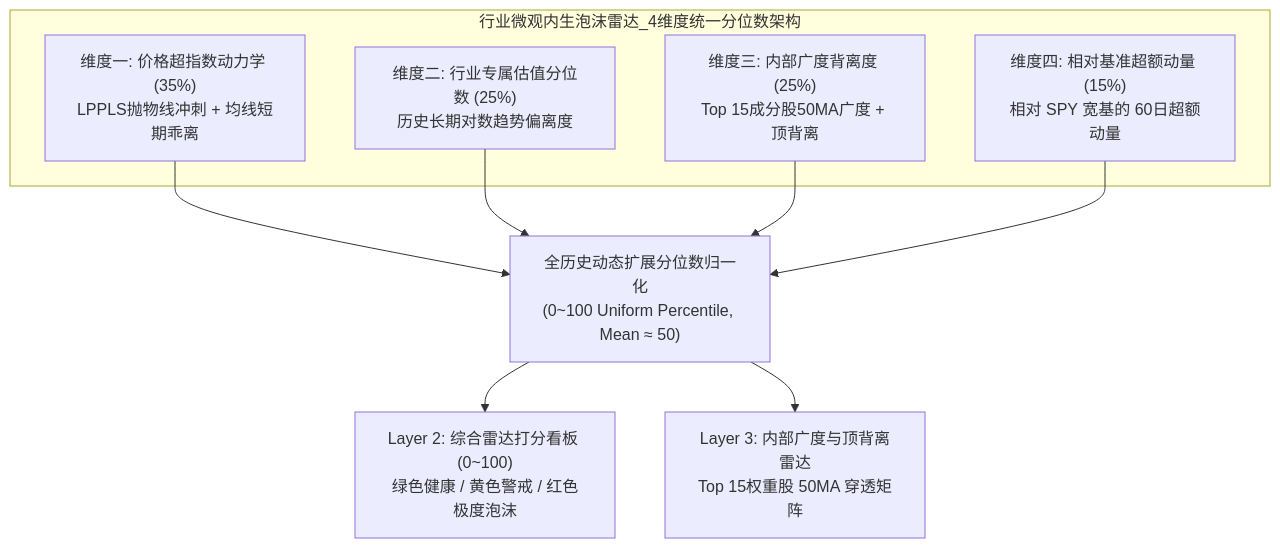
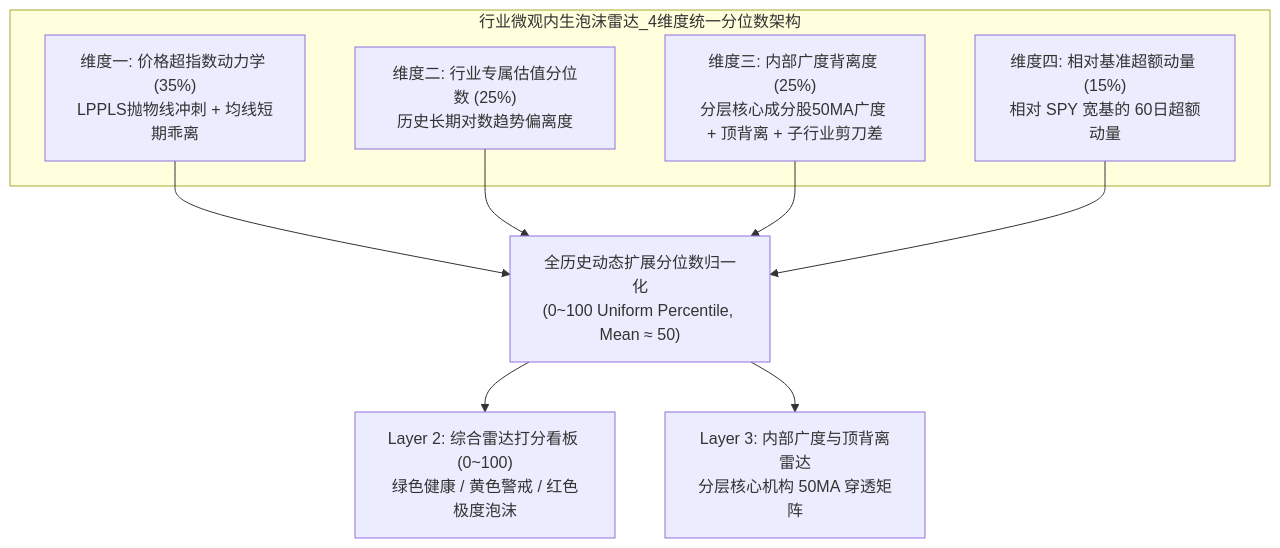
One commit to JiananZhao/html changed the diagram in README.md. Above: the diagram before and after it, drawn with Mermaid. The commit also changed other lines of this file and 7 other files, not shown here.

Commit message:
feat: add VNQ Real Estate & REITs micro-bubble radar with 34 stratified constituents and 4-layer panoramic charts

````diff
--- a/README.md
+++ b/README.md
@@ -83,12 +83,12 @@
 ```mermaid
 graph TD
     subgraph 行业微观内生泡沫雷达_4维度统一分位数架构
         D1["维度一: 价格超指数动力学 (35%)<br>LPPLS抛物线冲刺 + 均线短期乖离"]
         D2["维度二: 行业专属估值分位数 (25%)<br>历史长期对数趋势偏离度"]
-        D3["维度三: 内部广度背离度 (25%)<br>Top 15成分股50MA广度 + 顶背离"]
+        D3["维度三: 内部广度背离度 (25%)<br>分层核心成分股50MA广度 + 顶背离 + 子行业剪刀差"]
         D4["维度四: 相对基准超额动量 (15%)<br>相对 SPY 宽基的 60日超额动量"]
     end
     D1 & D2 & D3 & D4 --> Norm["全历史动态扩展分位数归一化<br>(0~100 Uniform Percentile, Mean ≈ 50)"]
     Norm --> L2["Layer 2: 综合雷达打分看板 (0~100)<br>绿色健康 / 黄色警戒 / 红色极度泡沫"]
-    Norm --> L3["Layer 3: 内部广度与顶背离雷达<br>Top 15权重股 50MA 穿透矩阵"]
+    Norm --> L3["Layer 3: 内部广度与顶背离雷达<br>分层核心机构 50MA 穿透矩阵"]
 ```
````
